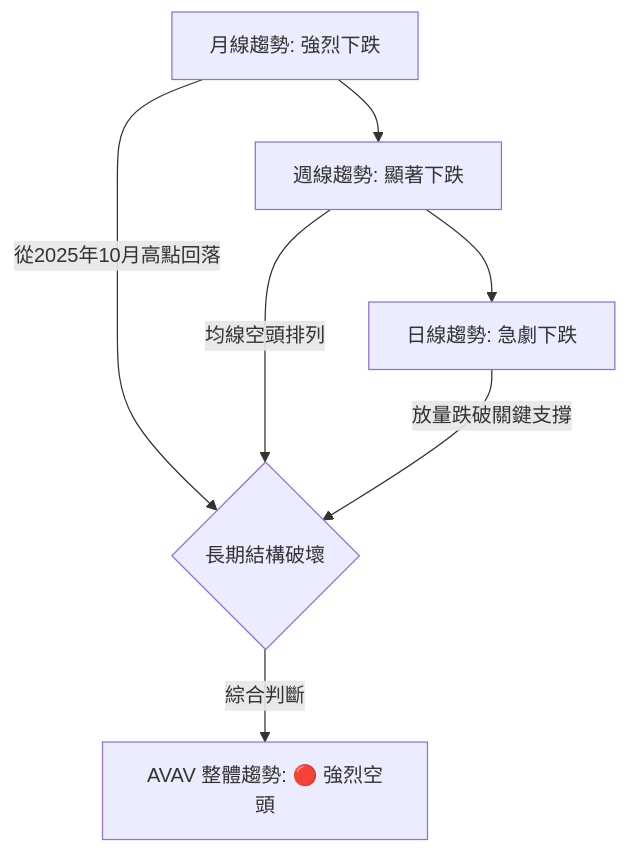
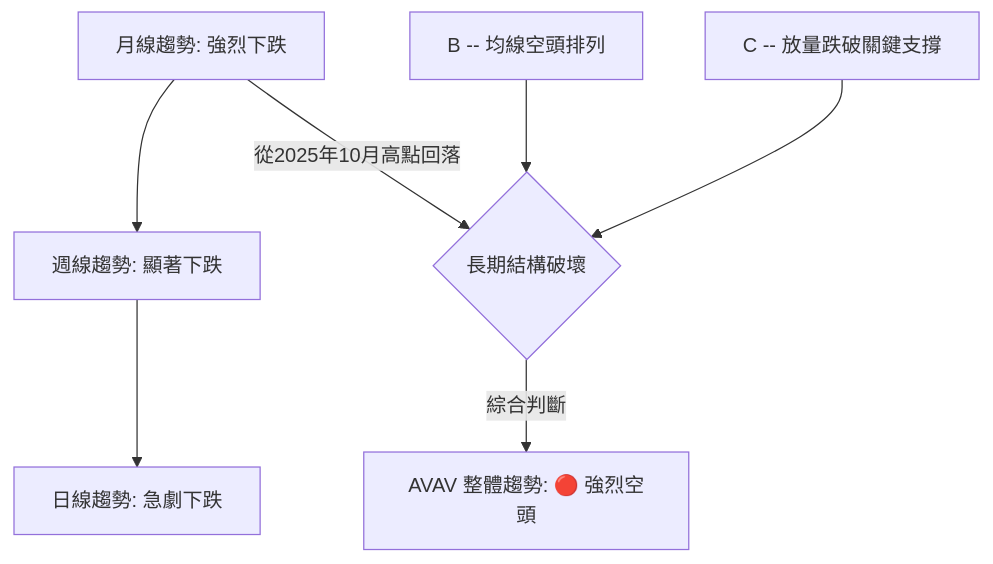
One commit to yennanliu/finance_data changed the second of 12 diagrams in ai_gen_report/stock/avav/technical_analysis_2026-06-29_gemini.md. Above: the diagram before and after it, drawn with Mermaid. The commit also changed other lines of this file and 2258 other files, not shown here.

First line of the commit message:
chore: backfill Mermaid syntax repair across existing reports

````diff
--- a/ai_gen_report/stock/avav/technical_analysis_2026-06-29_gemini.md
+++ b/ai_gen_report/stock/avav/technical_analysis_2026-06-29_gemini.md
@@ -115,9 +115,9 @@
 ```mermaid
 graph TD
-    A[月線趨勢: 強烈下跌] --> B[週線趨勢: 顯著下跌]
-    B --> C[日線趨勢: 急劇下跌]
-    A -- 從2025年10月高點回落 --> D{長期結構破壞}
-    B -- 均線空頭排列 --> D
-    C -- 放量跌破關鍵支撐 --> D
-    D -- 綜合判斷 --> E[AVAV 整體趨勢: 🔴 強烈空頭]
+    A["月線趨勢: 強烈下跌"] --> B["週線趨勢: 顯著下跌"]
+    B --> C["日線趨勢: 急劇下跌"]
+    A -- 從2025年10月高點回落 --> D{"長期結構破壞"}
+    nb1["B -- 均線空頭排列"] --> D
+    nb2["C -- 放量跌破關鍵支撐"] --> D
+    D -- 綜合判斷 --> E["AVAV 整體趨勢: 🔴 強烈空頭"]
 ```
````
